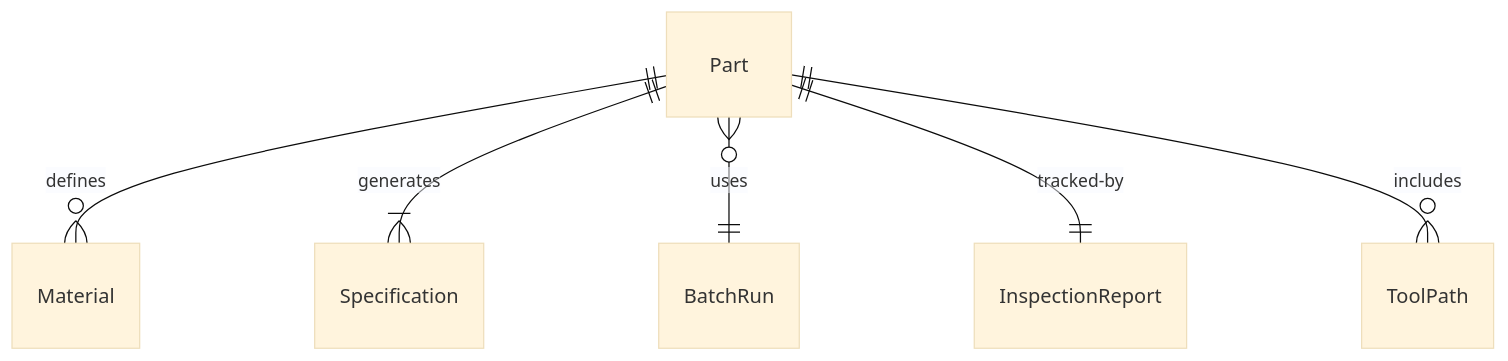
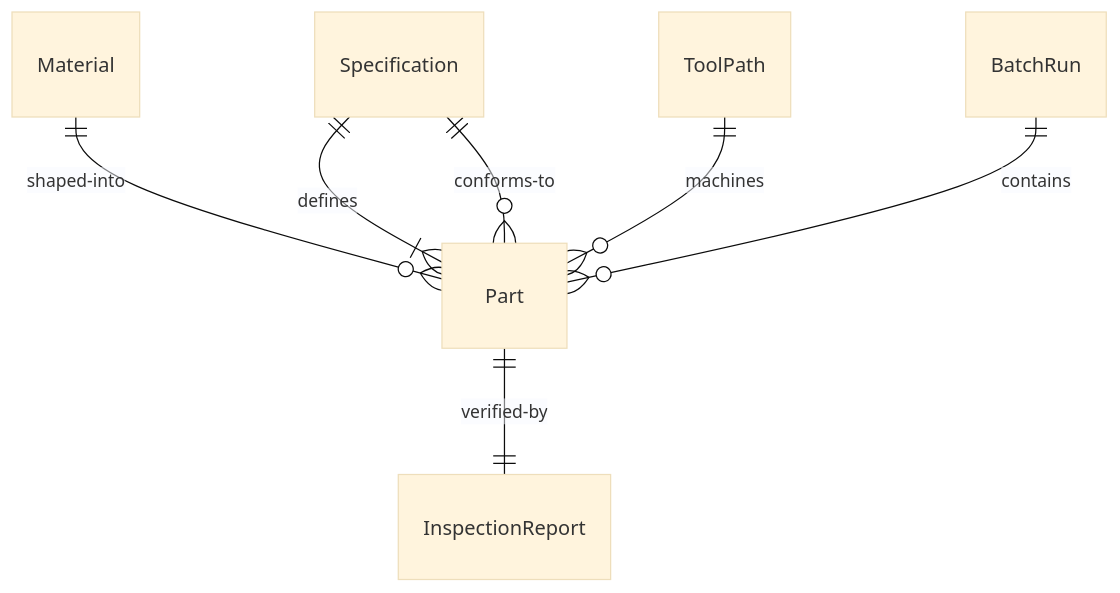
The first of 4 diagrams in HandlingAndMovingObjects/FabricateDevicesOrComponents/FabricatePartsComponents.mdx (dot-org-ai/tasks.org.ai), drawn with Mermaid (base theme) before and after one commit. The commit also changed other lines of this file and 515 other files, not shown here.

````diff
--- a/HandlingAndMovingObjects/FabricateDevicesOrComponents/FabricatePartsComponents.mdx
+++ b/HandlingAndMovingObjects/FabricateDevicesOrComponents/FabricatePartsComponents.mdx
@@ -89,8 +89,9 @@
 ```mermaid
 erDiagram
-    Part ||--o{ Material : "defines"
-    Part ||--|{ Specification : "generates"
-    Part }o--|| BatchRun : "uses"
-    Part ||--|| InspectionReport : "tracked-by"
-    Part ||--o{ ToolPath : "includes"
+    Specification ||--|{ Part : "defines"
+    Material ||--o{ Part : "shaped-into"
+    ToolPath ||--o{ Part : "machines"
+    Part ||--|| InspectionReport : "verified-by"
+    BatchRun ||--o{ Part : "contains"
+    Part }o--|| Specification : "conforms-to"
 ```
````
